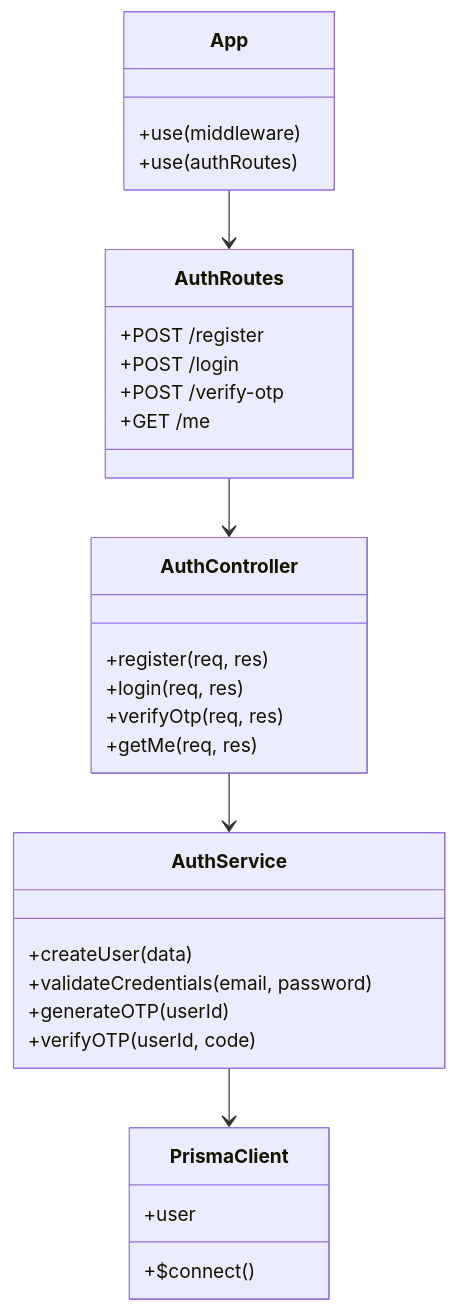
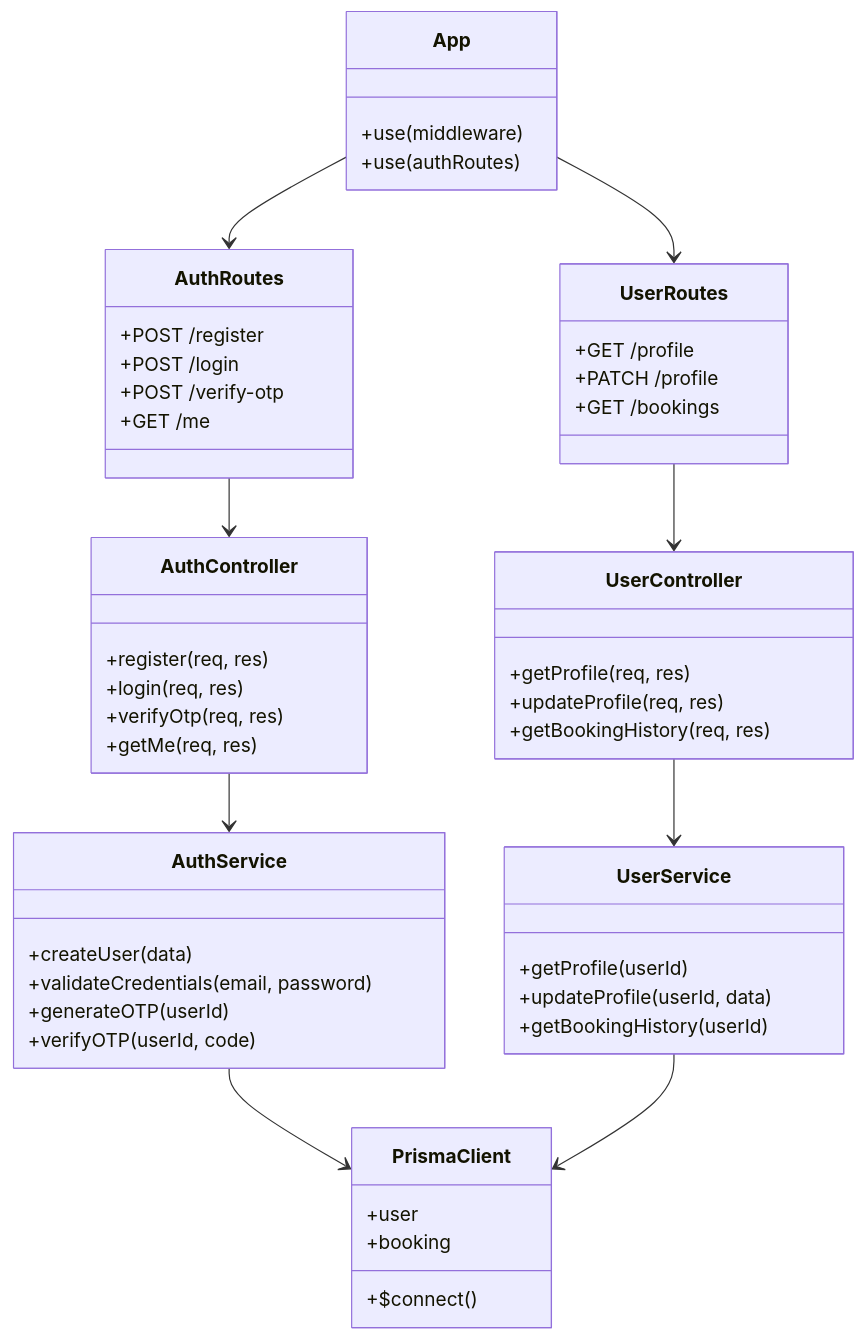
The third of 4 diagrams in docs/architecture.md (PixelCoder1246/College-Project---Hotel-Management-System), drawn with Mermaid before and after one commit. The commit also changed other lines of this file and 9 other files, not shown here.

First line of the commit message:
feat(backend): implement user profile management and booking history

````diff
--- a/docs/architecture.md
+++ b/docs/architecture.md
@@ -82,38 +82,61 @@
 ```mermaid
 classDiagram
     class App {
         +use(middleware)
         +use(authRoutes)
     }
 
     class AuthRoutes {
         +POST /register
         +POST /login
         +POST /verify-otp
         +GET /me
     }
 
+    class UserRoutes {
+        +GET /profile
+        +PATCH /profile
+        +GET /bookings
+    }
+
     class AuthController {
         +register(req, res)
         +login(req, res)
         +verifyOtp(req, res)
         +getMe(req, res)
+    }
+
+    class UserController {
+        +getProfile(req, res)
+        +updateProfile(req, res)
+        +getBookingHistory(req, res)
     }
 
     class AuthService {
         +createUser(data)
         +validateCredentials(email, password)
         +generateOTP(userId)
         +verifyOTP(userId, code)
     }
 
+    class UserService {
+        +getProfile(userId)
+        +updateProfile(userId, data)
+        +getBookingHistory(userId)
+    }
+
     class PrismaClient {
         +user
+        +booking
         +$connect()
     }
 
     App --> AuthRoutes
+    App --> UserRoutes
     AuthRoutes --> AuthController
+    UserRoutes --> UserController
     AuthController --> AuthService
+    UserController --> UserService
     AuthService --> PrismaClient
+    UserService --> PrismaClient
 ```
````
